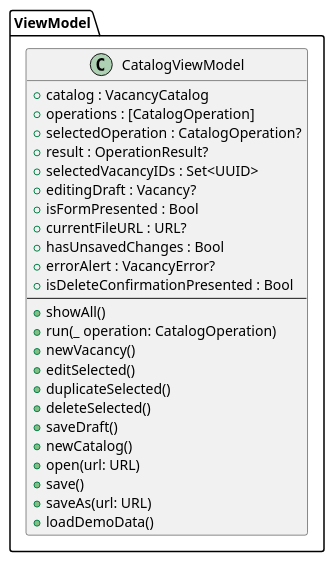
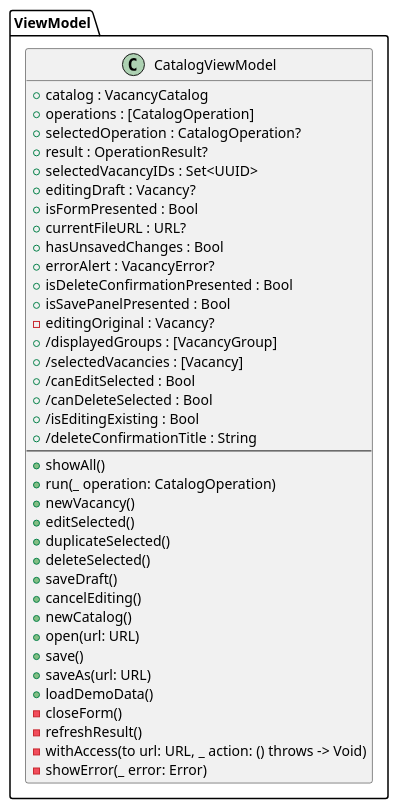
Before and after one commit to goosedum/kursova-1: the diagram in docs/uml/2-classes/types/viewmodel.iuml, drawn with PlantUML. The commit also changed 8 other files, not shown here.

```diff
--- a/docs/uml/2-classes/types/viewmodel.iuml
+++ b/docs/uml/2-classes/types/viewmodel.iuml
@@ -1,29 +1,42 @@
 ' Шар ViewModel — стан вікна. Підключається з діаграм у docs/uml/2-classes (крок 3.2). Джерело — .claude/plan/02-architecture.md §3.
 package "ViewModel" {
   class CatalogViewModel {
     + catalog : VacancyCatalog
     + operations : [CatalogOperation]
     + selectedOperation : CatalogOperation?
     + result : OperationResult?
     + selectedVacancyIDs : Set<UUID>
     + editingDraft : Vacancy?
     + isFormPresented : Bool
     + currentFileURL : URL?
     + hasUnsavedChanges : Bool
     + errorAlert : VacancyError?
     + isDeleteConfirmationPresented : Bool
+    + isSavePanelPresented : Bool
+    - editingOriginal : Vacancy?
+    + /displayedGroups : [VacancyGroup]
+    + /selectedVacancies : [Vacancy]
+    + /canEditSelected : Bool
+    + /canDeleteSelected : Bool
+    + /isEditingExisting : Bool
+    + /deleteConfirmationTitle : String
     --
     + showAll()
     + run(_ operation: CatalogOperation)
     + newVacancy()
     + editSelected()
     + duplicateSelected()
     + deleteSelected()
     + saveDraft()
+    + cancelEditing()
     + newCatalog()
     + open(url: URL)
     + save()
     + saveAs(url: URL)
     + loadDemoData()
+    - closeForm()
+    - refreshResult()
+    - withAccess(to url: URL, _ action: () throws -> Void)
+    - showError(_ error: Error)
   }
 }
```
